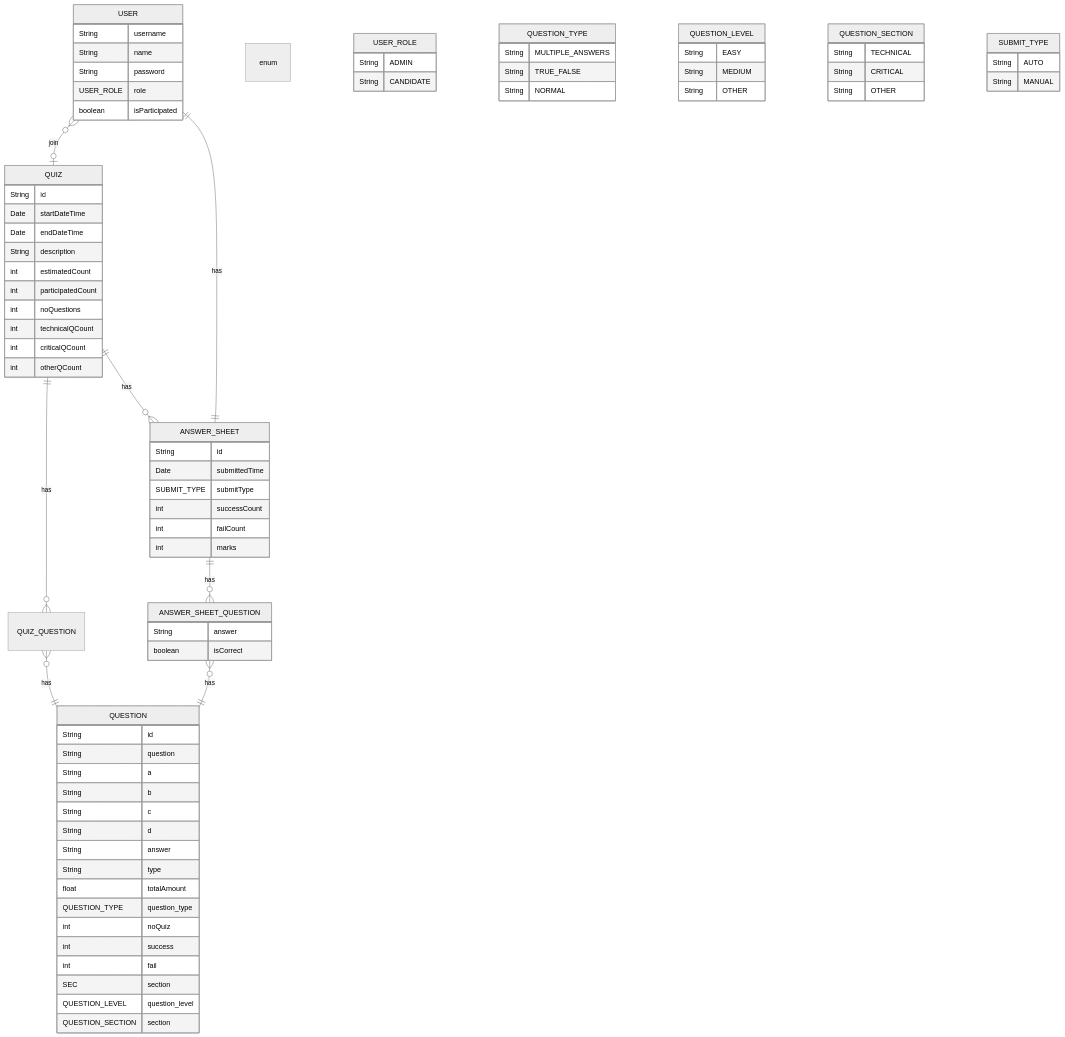
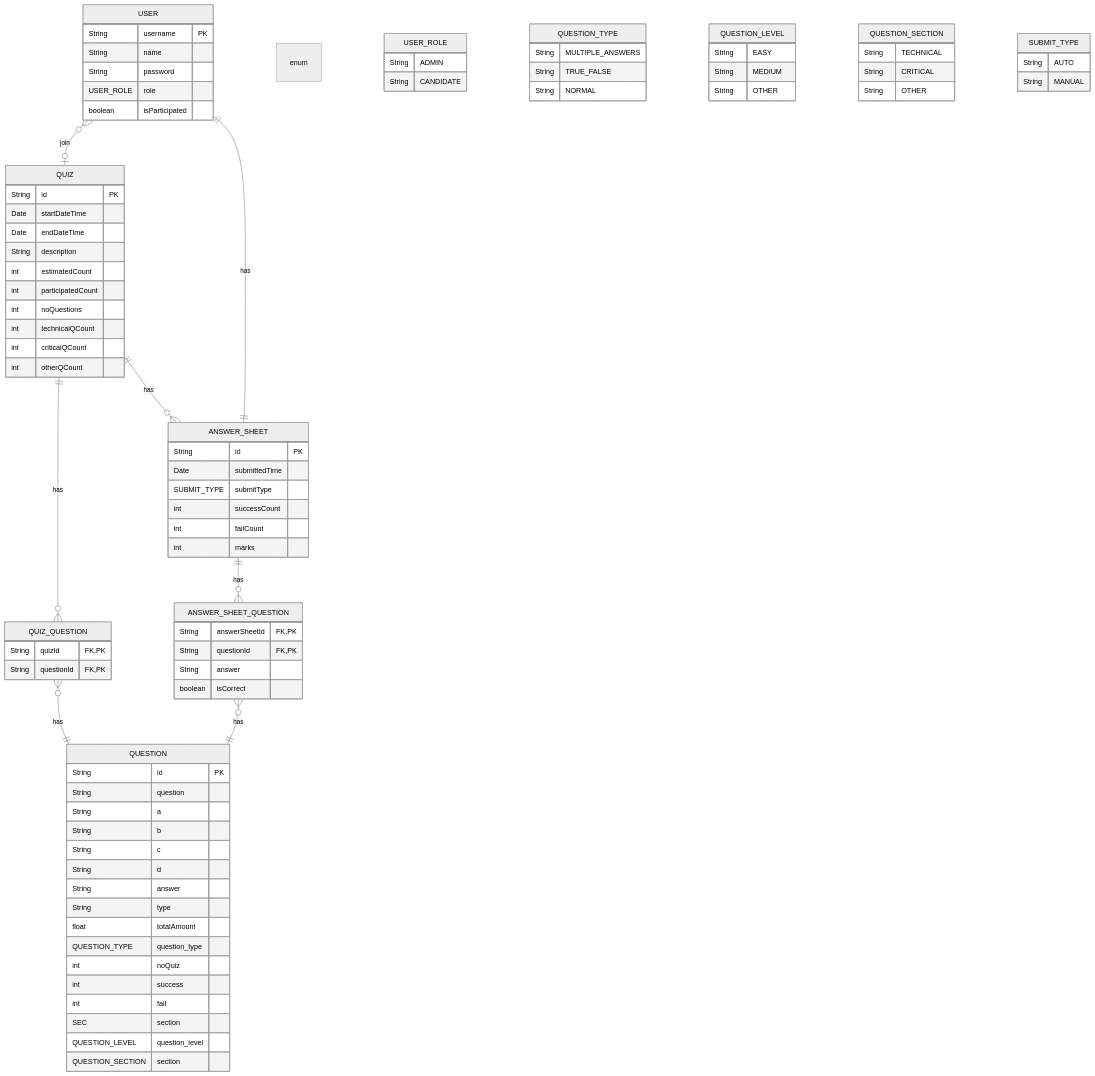
Before and after one commit to DasunMadawa/Intelleon-Intern-project: the second of 2 diagrams in er_diagram.md, drawn with Mermaid (neutral theme).

```diff
--- a/er_diagram.md
+++ b/er_diagram.md
@@ -14,7 +14,7 @@
 
 erDiagram
     USER {
-        String username
+        String username PK
         String name
         String password
         USER_ROLE role
@@ -23,7 +23,7 @@
     }
 
     QUIZ {
-        String id
+        String id PK
         Date startDateTime
         Date endDateTime
         String description
@@ -37,11 +37,13 @@
     }
 
     QUIZ_QUESTION {
-
+        String quizId FK , PK
+        String questionId FK , PK
+        
     }
 
     QUESTION {
-        String id
+        String id PK
         String question
         String a
         String b
@@ -61,7 +63,7 @@
     }
 
     ANSWER_SHEET {
-        String id
+        String id PK
         Date submittedTime
         SUBMIT_TYPE submitType
         int successCount
@@ -71,6 +73,8 @@
     }
 
     ANSWER_SHEET_QUESTION {
+        String answerSheetId FK , PK
+        String questionId FK , PK
         String answer
         boolean isCorrect
 
```
